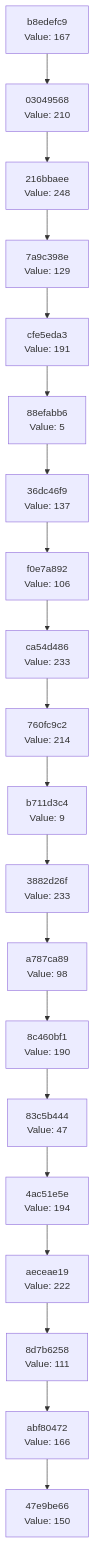
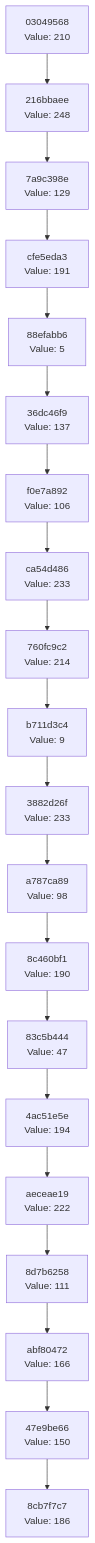
One commit to Abhisheksinha1506/hash-chain-evolver changed the diagram in docs/CHAIN_VISUALIZATION.md. Above: the diagram before and after it, drawn with Mermaid. The commit also changed 3 other files, not shown here.

````diff
--- a/docs/CHAIN_VISUALIZATION.md
+++ b/docs/CHAIN_VISUALIZATION.md
@@ -3,42 +3,42 @@
 ```mermaid
 graph TD
-    C0["47e9be66<br/>Value: 150"]
-    C1["abf80472<br/>Value: 166"]
+    C0["8cb7f7c7<br/>Value: 186"]
+    C1["47e9be66<br/>Value: 150"]
     C1 --> C0
-    C2["8d7b6258<br/>Value: 111"]
+    C2["abf80472<br/>Value: 166"]
     C2 --> C1
-    C3["aeceae19<br/>Value: 222"]
+    C3["8d7b6258<br/>Value: 111"]
     C3 --> C2
-    C4["4ac51e5e<br/>Value: 194"]
+    C4["aeceae19<br/>Value: 222"]
     C4 --> C3
-    C5["83c5b444<br/>Value: 47"]
+    C5["4ac51e5e<br/>Value: 194"]
     C5 --> C4
-    C6["8c460bf1<br/>Value: 190"]
+    C6["83c5b444<br/>Value: 47"]
     C6 --> C5
-    C7["a787ca89<br/>Value: 98"]
+    C7["8c460bf1<br/>Value: 190"]
     C7 --> C6
-    C8["3882d26f<br/>Value: 233"]
+    C8["a787ca89<br/>Value: 98"]
     C8 --> C7
-    C9["b711d3c4<br/>Value: 9"]
+    C9["3882d26f<br/>Value: 233"]
     C9 --> C8
-    C10["760fc9c2<br/>Value: 214"]
+    C10["b711d3c4<br/>Value: 9"]
     C10 --> C9
-    C11["ca54d486<br/>Value: 233"]
+    C11["760fc9c2<br/>Value: 214"]
     C11 --> C10
-    C12["f0e7a892<br/>Value: 106"]
+    C12["ca54d486<br/>Value: 233"]
     C12 --> C11
-    C13["36dc46f9<br/>Value: 137"]
+    C13["f0e7a892<br/>Value: 106"]
     C13 --> C12
-    C14["88efabb6<br/>Value: 5"]
+    C14["36dc46f9<br/>Value: 137"]
     C14 --> C13
-    C15["cfe5eda3<br/>Value: 191"]
+    C15["88efabb6<br/>Value: 5"]
     C15 --> C14
-    C16["7a9c398e<br/>Value: 129"]
+    C16["cfe5eda3<br/>Value: 191"]
     C16 --> C15
-    C17["216bbaee<br/>Value: 248"]
+    C17["7a9c398e<br/>Value: 129"]
     C17 --> C16
-    C18["03049568<br/>Value: 210"]
+    C18["216bbaee<br/>Value: 248"]
     C18 --> C17
-    C19["b8edefc9<br/>Value: 167"]
+    C19["03049568<br/>Value: 210"]
     C19 --> C18
 ```
````
